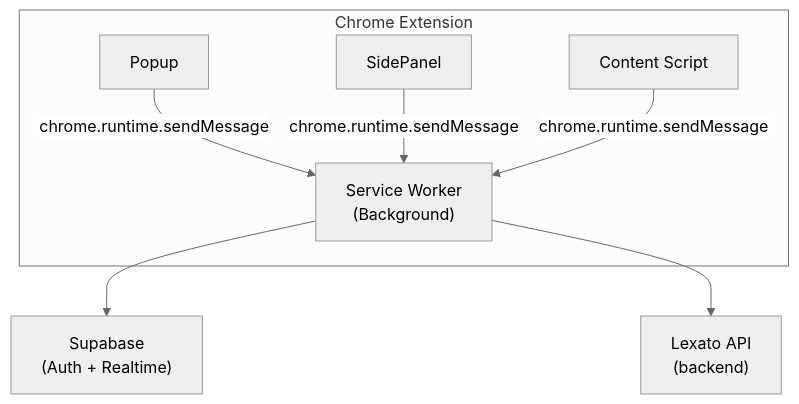
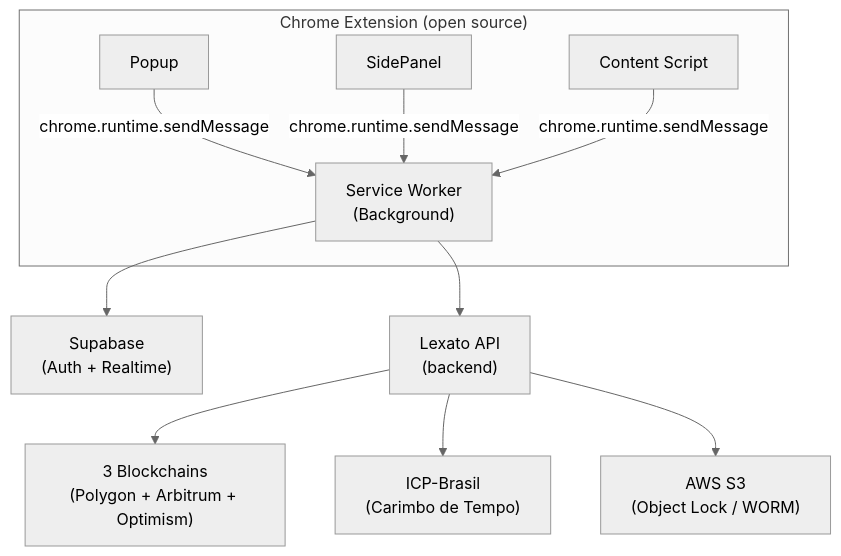
The diagram in README.md (LexatoBR/lexato-extension), drawn with Mermaid (neutral theme) before and after one commit. The commit also changed other lines of this file and 2 other files, not shown here.

````diff
--- a/README.md
+++ b/README.md
@@ -116,12 +118,15 @@
 ```mermaid
 graph TD
-    subgraph ext["Chrome Extension"]
+    subgraph ext["Chrome Extension (open source)"]
         Popup
         SidePanel
         ContentScript["Content Script"]
         Popup & SidePanel & ContentScript -->|chrome.runtime.sendMessage| SW["Service Worker<br/>(Background)"]
     end
 
     SW --> Supabase["Supabase<br/>(Auth + Realtime)"]
     SW --> API["Lexato API<br/>(backend)"]
+    API --> Blockchain["3 Blockchains<br/>(Polygon + Arbitrum + Optimism)"]
+    API --> ICP["ICP-Brasil<br/>(Carimbo de Tempo)"]
+    API --> S3["AWS S3<br/>(Object Lock / WORM)"]
 ```
````
